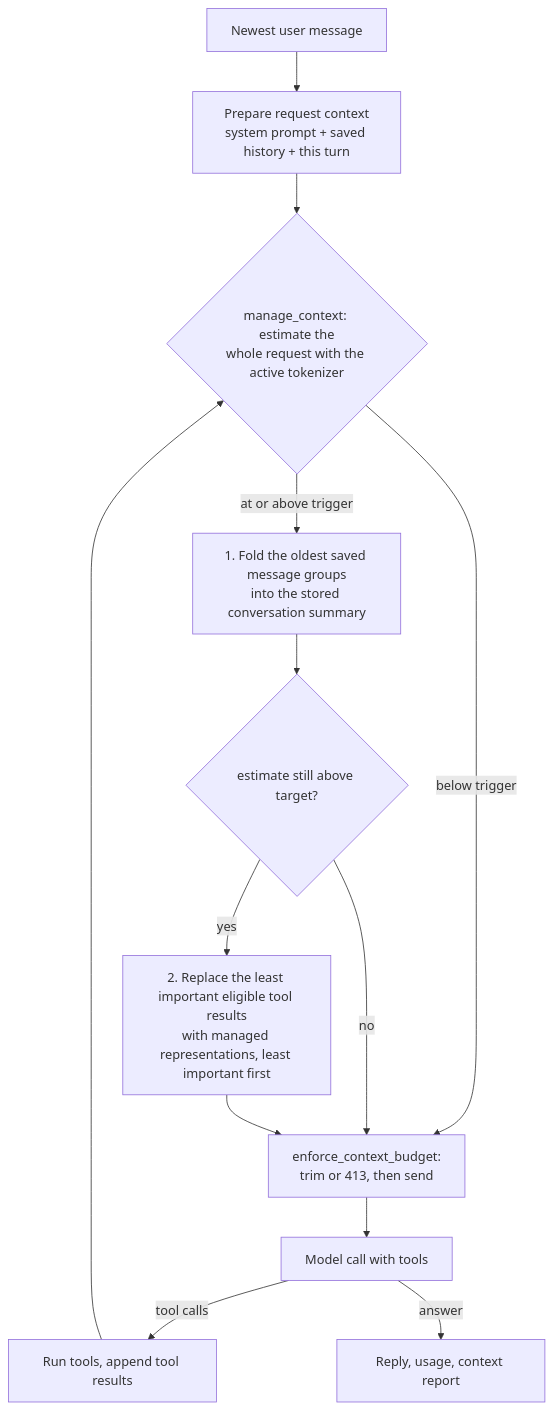
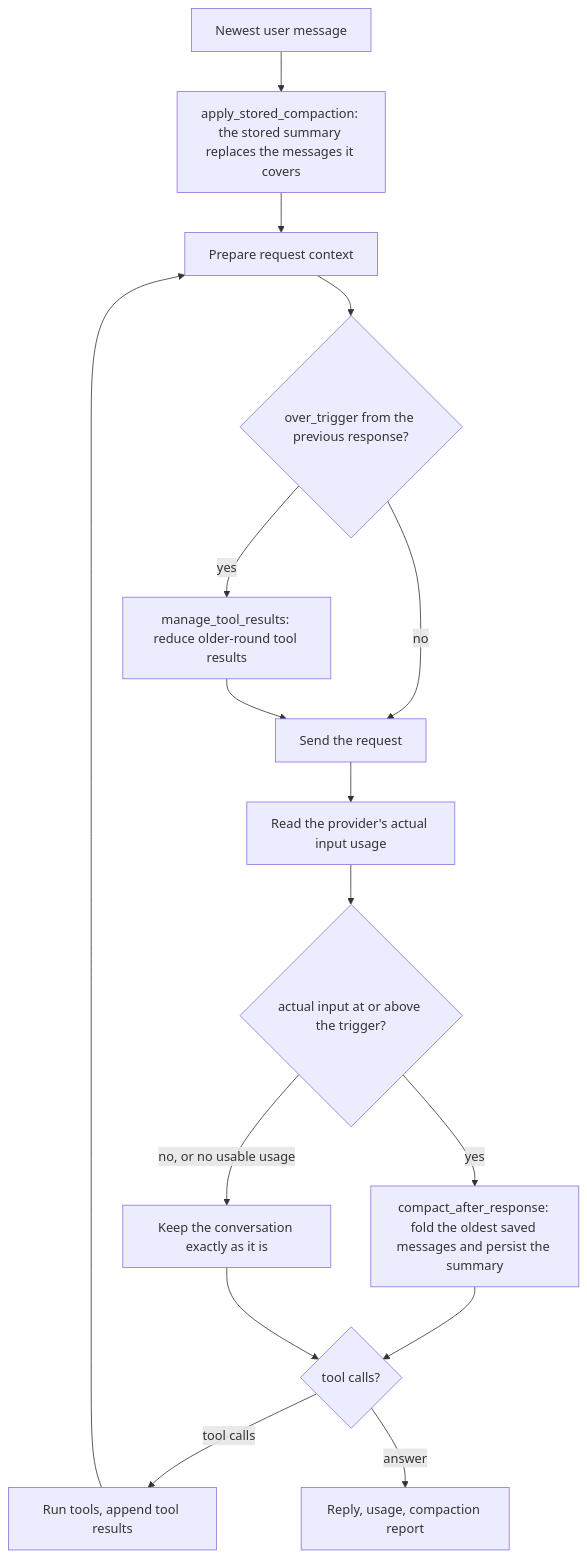
Before and after one commit to pouyaMardani/Ai-Agent: the diagram in docs/ARCHITECTURE.md, drawn with Mermaid. The commit also changed other lines of this file and 17 other files, not shown here.

````diff
--- a/docs/ARCHITECTURE.md
+++ b/docs/ARCHITECTURE.md
@@ -282,15 +228,18 @@
 ```mermaid
 flowchart TD
-    A[Newest user message] --> B[Prepare request context<br/>system prompt + saved history + this turn]
-    B --> C{manage_context: estimate the<br/>whole request with the active tokenizer}
-    C -->|below trigger| G[enforce_context_budget:<br/>trim or 413, then send]
-    C -->|at or above trigger| D[1. Fold the oldest saved message groups<br/>into the stored conversation summary]
-    D --> E{estimate still above target?}
-    E -->|yes| F[2. Replace the least important eligible tool results<br/>with managed representations, least important first]
-    E -->|no| G
-    F --> G
-    G --> H[Model call with tools]
-    H -->|tool calls| I[Run tools, append tool results]
-    I --> C
-    H -->|answer| J[Reply, usage, context report]
+    A[Newest user message] --> A2[apply_stored_compaction: the stored summary replaces the messages it covers]
+    A2 --> B[Prepare request context]
+    B --> C{over_trigger from the previous response?}
+    C -->|yes| D[manage_tool_results: reduce older-round tool results]
+    C -->|no| E[Send the request]
+    D --> E
+    E --> F[Read the provider's actual input usage]
+    F --> G{actual input at or above the trigger?}
+    G -->|yes| H[compact_after_response: fold the oldest saved messages and persist the summary]
+    G -->|no, or no usable usage| I[Keep the conversation exactly as it is]
+    H --> J{tool calls?}
+    I --> J
+    J -->|tool calls| K[Run tools, append tool results]
+    K --> B
+    J -->|answer| L[Reply, usage, compaction report]
 ```
````
